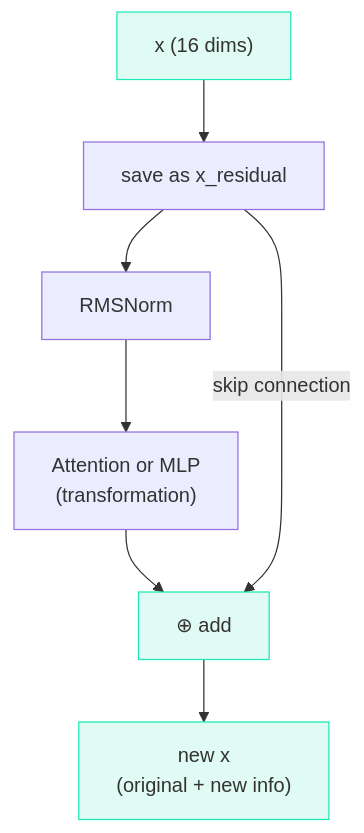
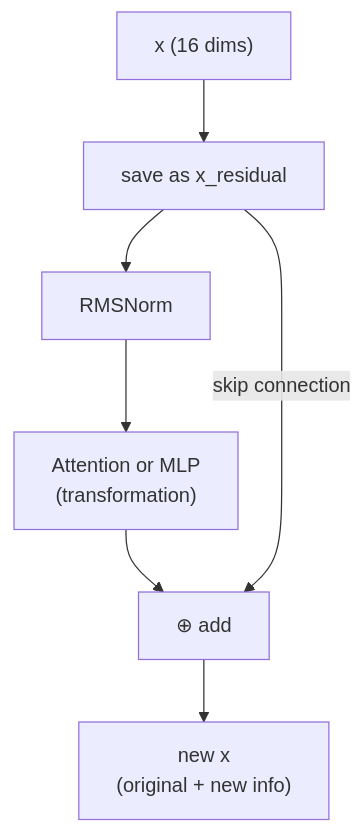
Before and after one commit to iamkhalid2/microgpt-course: the diagram in docs/03-the-architecture/07-residual-connections.md, drawn with Mermaid. The commit also changed 20 other files, not shown here.

Commit message:
Remove all inline Mermaid styles - let theme handle colors natively

````diff
--- a/docs/03-the-architecture/07-residual-connections.md
+++ b/docs/03-the-architecture/07-residual-connections.md
@@ -63,13 +63,9 @@
 ```mermaid
 flowchart TD
     X["x (16 dims)"] --> SAVE["save as x_residual"]
     SAVE --> NORM["RMSNorm"]
     NORM --> BLOCK["Attention or MLP<br>(transformation)"]
     BLOCK --> ADD["⊕ add"]
     SAVE -- "skip connection" --> ADD
     ADD --> OUT["new x<br>(original + new info)"]
-
-    style X fill:#e0faf4,stroke:#1de9b6
-    style ADD fill:#e0faf4,stroke:#1de9b6
-    style OUT fill:#e0faf4,stroke:#1de9b6
 ```
````
